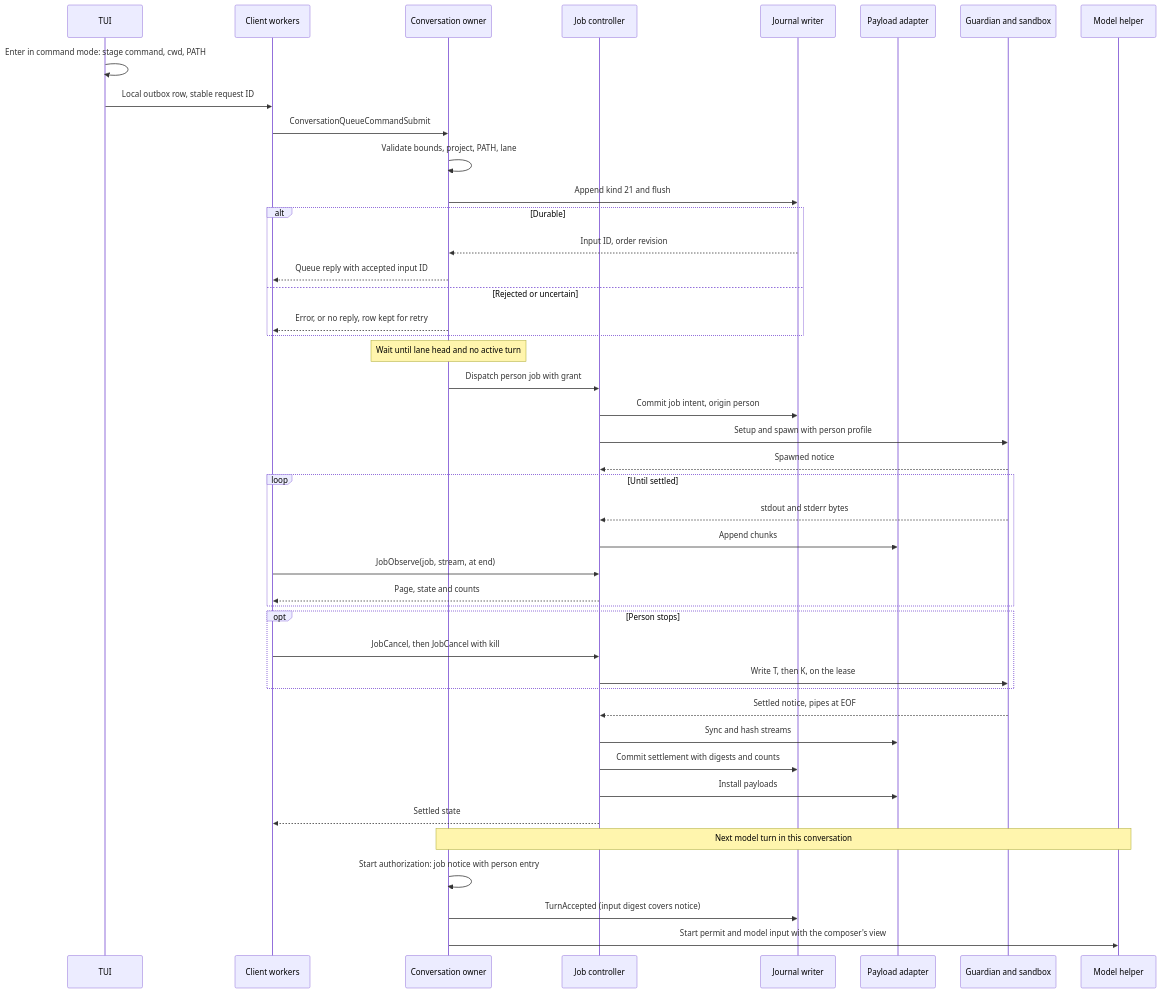
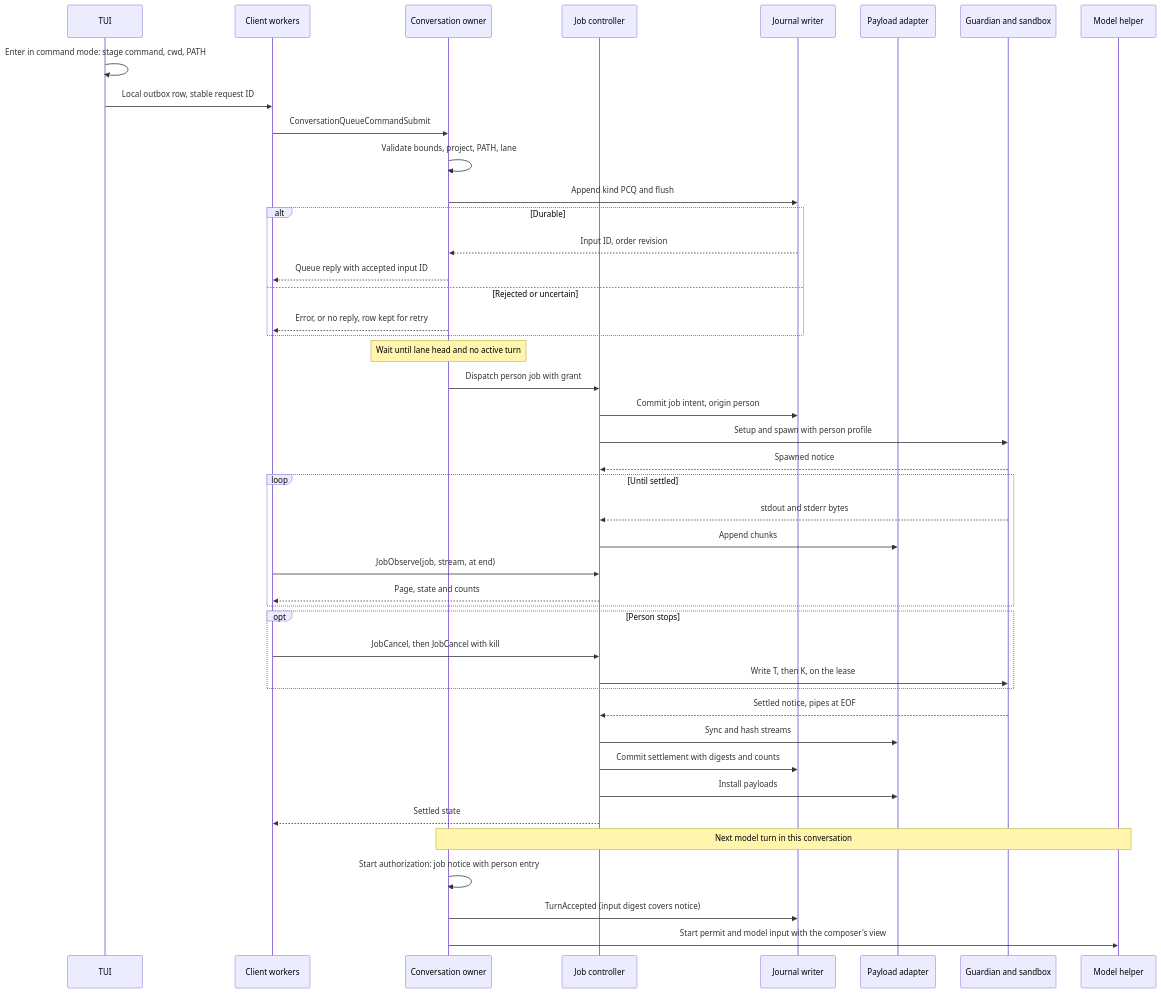
One commit to pidster/asura changed the fifth of 7 diagrams in docs/designs/person-command-mode.md. Above: the diagram before and after it, drawn with Mermaid. The commit also changed other lines of this file and 6 other files, not shown here.

````diff
--- a/docs/designs/person-command-mode.md
+++ b/docs/designs/person-command-mode.md
@@ -720,46 +725,46 @@
 ```mermaid
 sequenceDiagram
     participant U as TUI
     participant C as Client workers
     participant S as Conversation owner
     participant K as Job controller
     participant J as Journal writer
     participant P as Payload adapter
     participant G as Guardian and sandbox
     participant M as Model helper
     U->>U: Enter in command mode: stage command, cwd, PATH
     U->>C: Local outbox row, stable request ID
     C->>S: ConversationQueueCommandSubmit
     S->>S: Validate bounds, project, PATH, lane
-    S->>J: Append kind 21 and flush
+    S->>J: Append kind PCQ and flush
     alt Durable
         J-->>S: Input ID, order revision
         S-->>C: Queue reply with accepted input ID
     else Rejected or uncertain
         S-->>C: Error, or no reply, row kept for retry
     end
     Note over S: Wait until lane head and no active turn
     S->>K: Dispatch person job with grant
     K->>J: Commit job intent, origin person
     K->>G: Setup and spawn with person profile
     G-->>K: Spawned notice
     loop Until settled
         G-->>K: stdout and stderr bytes
         K->>P: Append chunks
         C->>K: JobObserve(job, stream, at end)
         K-->>C: Page, state and counts
     end
     opt Person stops
         C->>K: JobCancel, then JobCancel with kill
         K->>G: Write T, then K, on the lease
     end
     G-->>K: Settled notice, pipes at EOF
     K->>P: Sync and hash streams
     K->>J: Commit settlement with digests and counts
     K->>P: Install payloads
     K-->>C: Settled state
     Note over S,M: Next model turn in this conversation
     S->>S: Start authorization: job notice with person entry
     S->>J: TurnAccepted (input digest covers notice)
     S->>M: Start permit and model input with the composer's view
 ```
````
